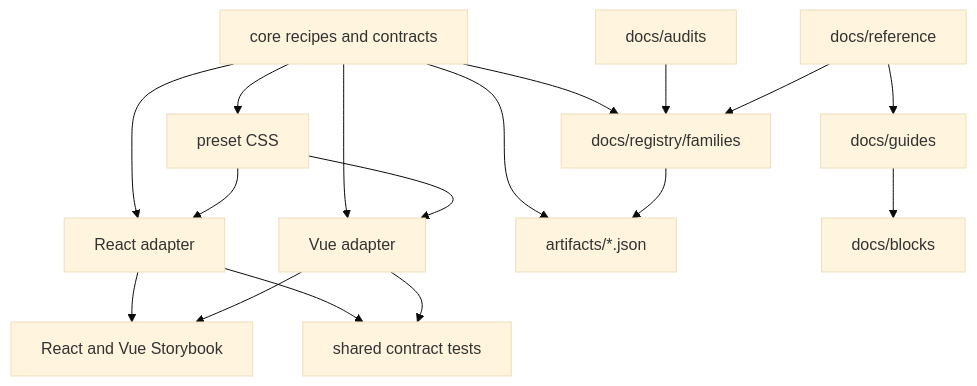
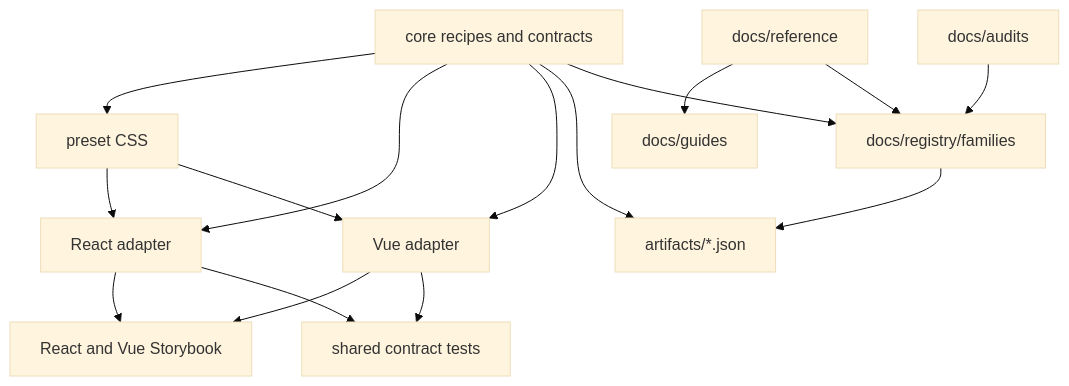
Before and after one commit to niklas-westman/marwes: the diagram in docs/reference/repo-map.md, drawn with Mermaid (base theme). The commit also changed other lines of this file and 15 other files, not shown here.

````diff
--- a/docs/reference/repo-map.md
+++ b/docs/reference/repo-map.md
@@ -14,32 +14,30 @@
 ```mermaid
 graph TD
   Core[core recipes and contracts]
   Presets[preset CSS]
   React[React adapter]
   Vue[Vue adapter]
   Stories[React and Vue Storybook]
   Contracts[shared contract tests]
   Registry[docs/registry/families]
   Audits[docs/audits]
   Artifacts[artifacts/*.json]
   Reference[docs/reference]
   Guides[docs/guides]
-  Blocks[docs/blocks]
 
   Core --> Presets
   Core --> React
   Core --> Vue
   Presets --> React
   Presets --> Vue
   React --> Stories
   Vue --> Stories
   React --> Contracts
   Vue --> Contracts
   Core --> Artifacts
   Core --> Registry
   Registry --> Artifacts
   Audits --> Registry
   Reference --> Guides
   Reference --> Registry
-  Guides --> Blocks
 ```
````
